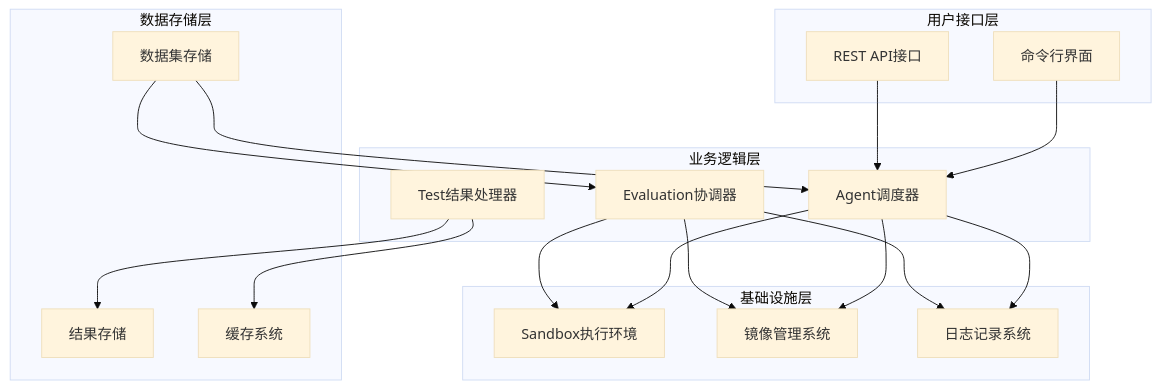
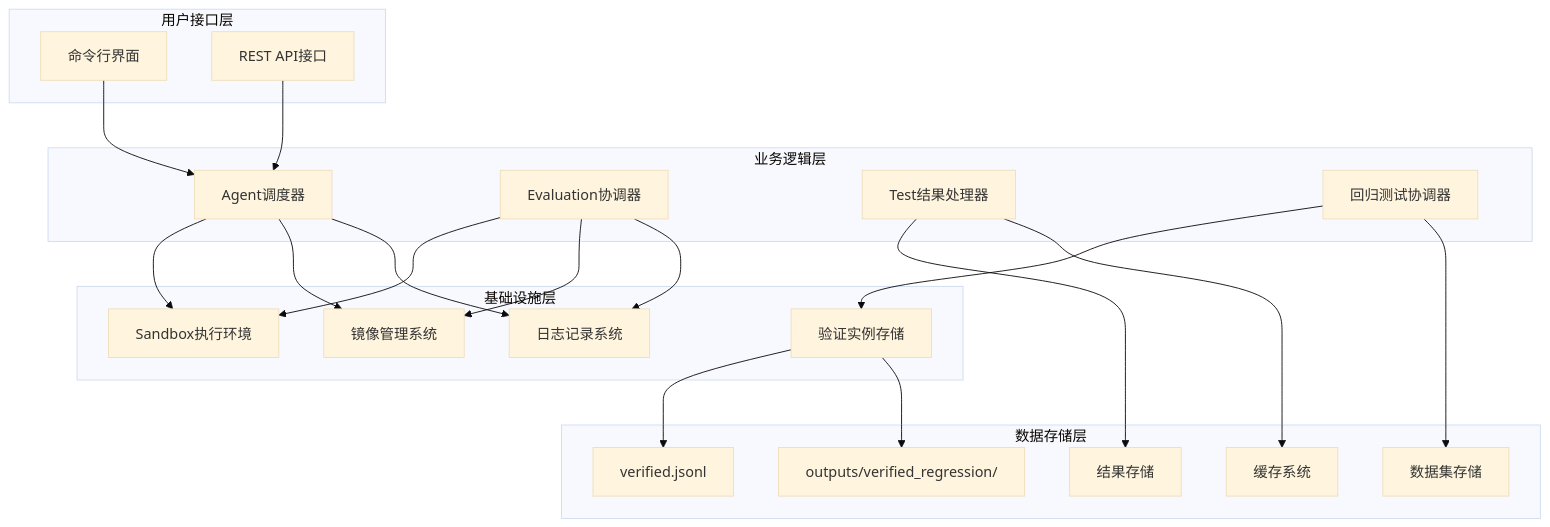
Before and after one commit to Jayint/Jayint-repo: the fourth of 13 diagrams in .qoder/repowiki/zh/content/核心组件/多Docker评估系统/增强评估框架.md, drawn with Mermaid (base theme). The commit also changed other lines of this file and 497 other files, not shown here.

````diff
--- a/.qoder/repowiki/zh/content/核心组件/多Docker评估系统/增强评估框架.md
+++ b/.qoder/repowiki/zh/content/核心组件/多Docker评估系统/增强评估框架.md
@@ -167,34 +188,38 @@
 ```mermaid
 graph TB
 subgraph "用户接口层"
 UI[命令行界面]
 API[REST API接口]
 end
 subgraph "业务逻辑层"
 AD[Agent调度器]
 EV[Evaluation协调器]
 TR[Test结果处理器]
+RT[回归测试协调器]
 end
 subgraph "基础设施层"
 SB[Sandbox执行环境]
 IM[镜像管理系统]
 LG[日志记录系统]
+VR[验证实例存储]
 end
 subgraph "数据存储层"
 DS[数据集存储]
 RS[结果存储]
 CS[缓存系统]
+VR --> VR1[verified.jsonl]
+VR --> VR2[outputs/verified_regression/]
 end
 UI --> AD
 API --> AD
 AD --> SB
 AD --> IM
 AD --> LG
 EV --> SB
 EV --> IM
 EV --> LG
 TR --> RS
 TR --> CS
-DS --> AD
-DS --> EV
+RT --> VR
+RT --> DS
 ```
````
